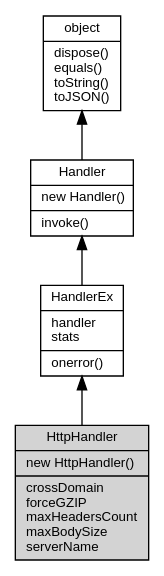
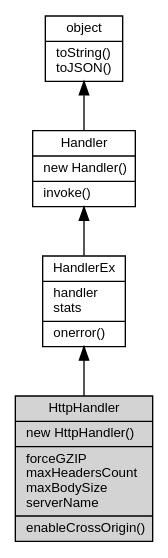
One commit to asionius/fibjs-ceph changed the diagram in docs/object/ifs/HttpHandler.md. Above: the diagram before and after it, drawn with Graphviz. The commit also changed other lines of this file and 138 other files, not shown here.

````diff
--- a/docs/object/ifs/HttpHandler.md
+++ b/docs/object/ifs/HttpHandler.md
@@ -17,14 +17,14 @@
 ```dot
 digraph {
     node [fontname="Helvetica,sans-Serif", fontsize=10, shape="record", style="filled", fillcolor="white"];
 
-    object [tooltip="object", URL="object.md", label="{object|dispose()\lequals()\ltoString()\ltoJSON()\l}"];
+    object [tooltip="object", URL="object.md", label="{object|toString()\ltoJSON()\l}"];
     Handler [tooltip="Handler", URL="Handler.md", label="{Handler|new Handler()\l|invoke()\l}"];
     HandlerEx [tooltip="HandlerEx", URL="HandlerEx.md", label="{HandlerEx|handler\lstats\l|onerror()\l}"];
-    HttpHandler [tooltip="HttpHandler", fillcolor="lightgray", label="{HttpHandler|new HttpHandler()\l|crossDomain\lforceGZIP\lmaxHeadersCount\lmaxBodySize\lserverName\l}"];
+    HttpHandler [tooltip="HttpHandler", fillcolor="lightgray", id="me", label="{HttpHandler|new HttpHandler()\l|forceGZIP\lmaxHeadersCount\lmaxBodySize\lserverName\l|enableCrossOrigin()\l}"];
 
     object -> Handler [dir=back];
     Handler -> HandlerEx [dir=back];
     HandlerEx -> HttpHandler [dir=back];
 }
 ```
````
